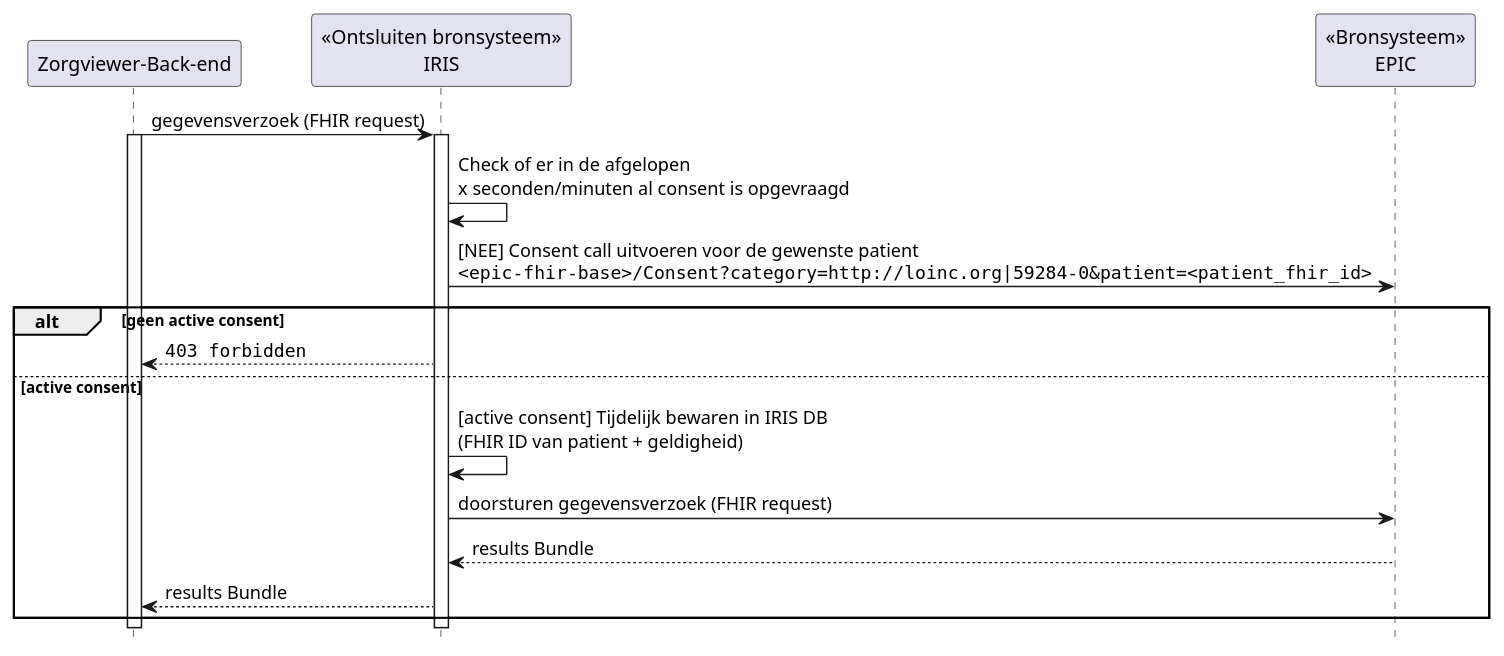
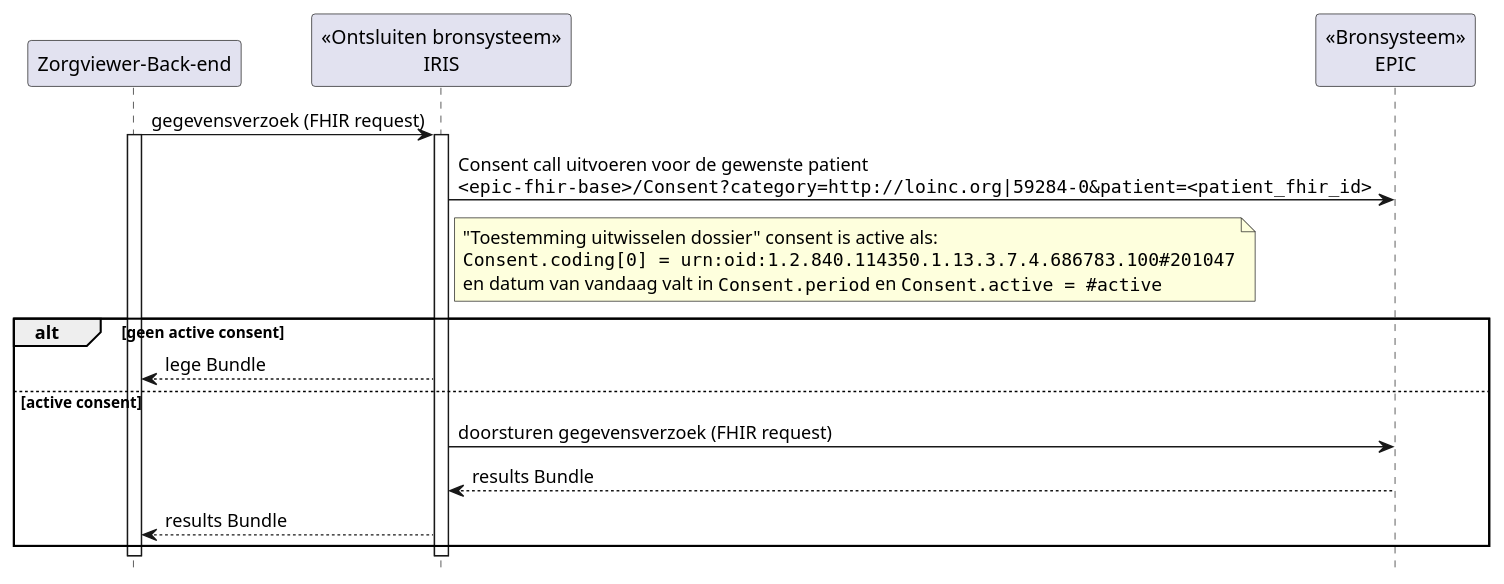
The diagram in input/images-source/Consent-seq.plantuml (RIVO-Noord/zorgviewer-ig), drawn with PlantUML before and after one commit.

Commit message:
Afgestemd met Menno

```diff
--- a/input/images-source/Consent-seq.plantuml
+++ b/input/images-source/Consent-seq.plantuml
@@ -1,26 +1,28 @@
 @startuml
 hide footbox
 
 participant "Zorgviewer-Back-end" as zv
 participant "<<Ontsluiten bronsysteem>>\nIRIS" as obron
 participant "<<Bronsysteem>>\nEPIC" as bron
 
 zv->obron: gegevensverzoek (FHIR request)
 activate zv
 activate obron
-obron->obron: Check of er in de afgelopen\nx seconden/minuten al consent is opgevraagd
-obron->bron: [NEE] Consent call uitvoeren voor de gewenste patient\n""<epic-fhir-base>/Consent?category=http://loinc.org|59284-0&patient=<patient_fhir_id>""
-
+obron->bron: Consent call uitvoeren voor de gewenste patient\n""<epic-fhir-base>/Consent?category=http://loinc.org|59284-0&patient=<patient_fhir_id>""
+note right obron
+  "Toestemming uitwisselen dossier" consent is active als:
+  ""Consent.coding[0] = urn:oid:1.2.840.114350.1.13.3.7.4.686783.100#201047""
+  en datum van vandaag valt in ""Consent.period"" en ""Consent.active = #active""
+end note
 alt geen active consent
-  obron-->zv: ""403 forbidden""
+  obron-->zv: lege Bundle
 else active consent
-  obron->obron: [active consent] Tijdelijk bewaren in IRIS DB\n(FHIR ID van patient + geldigheid)
   obron->bron: doorsturen gegevensverzoek (FHIR request)
   bron-->obron: results Bundle
   obron-->zv: results Bundle
 end
 
 deactivate obron
 deactivate zv
 
 @enduml
```
